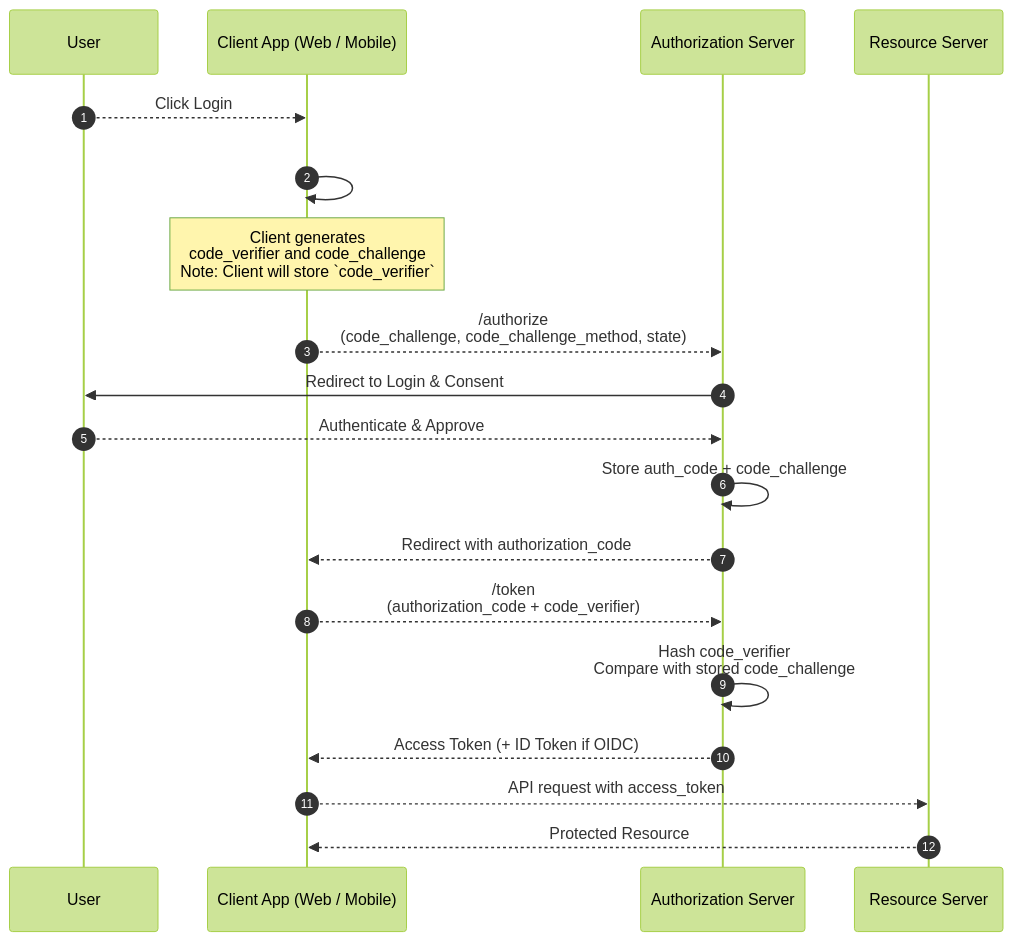
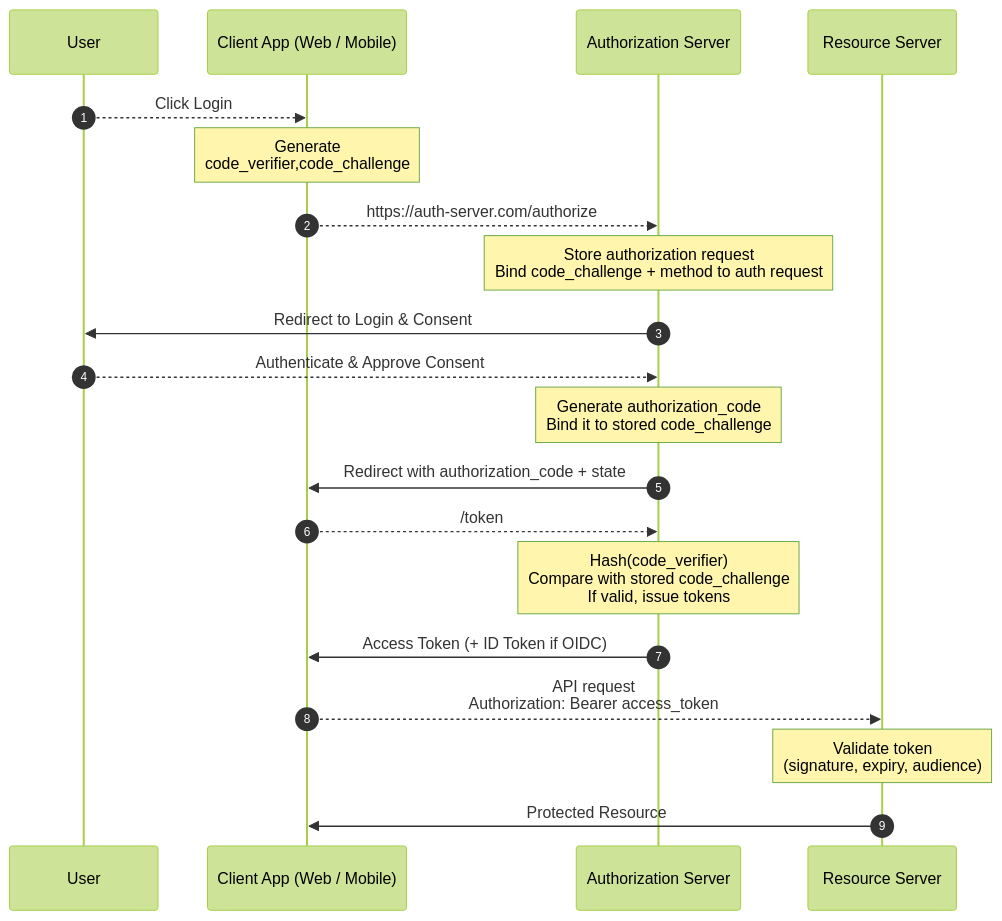
The diagram in OAuth 2.0.md (Rubi-raj/Notes), drawn with Mermaid (forest theme) before and after one commit. The commit also changed other lines of this file and 2 other files, not shown here.

Commit message:
OAuth2.0 PKCE flow corrected

````diff
--- a/OAuth 2.0.md
+++ b/OAuth 2.0.md
@@ -60,21 +51,23 @@
 ```mermaid
 sequenceDiagram
     autonumber
-    participant u as User
-    participant c as Client App (Web / Mobile)
-    participant a as Authorization Server
-    participant r as Resource Server
-    u -->> c: Click Login
-    c ->> c: <br>
-    Note over c: Client generates <br> code_verifier and code_challenge<br>Note: Client will store `code_verifier`
-    c -->> a: /authorize <br> (code_challenge, code_challenge_method, state)
-    a ->> u: Redirect to Login & Consent
-    u -->> a: Authenticate & Approve
-    a ->> a: Store auth_code + code_challenge
-    a -->> c: Redirect with authorization_code
-    c -->> a: /token<br> (authorization_code + code_verifier)
-    a ->> a: Hash code_verifier<br> Compare with stored code_challenge
-    a -->> c: Access Token (+ ID Token if OIDC)
-    c -->> r: API request with access_token
-    r -->> c: Protected Resource
+    participant U as User
+    participant C as Client App (Web / Mobile)
+    participant A as Authorization Server
+    participant R as Resource Server
+    U -->> C: Click Login
+    Note over C: Generate <br> code_verifier,code_challenge
+    C -->> A: https://auth-server.com/authorize
+    Note over A: Store authorization request<br>Bind code_challenge + method to auth request
+    A ->> U: Redirect to Login & Consent
+    U -->> A: Authenticate & Approve Consent
+    Note over A: Generate authorization_code<br>Bind it to stored code_challenge
+    A ->> C: Redirect with authorization_code + state
+    C -->> A: /token
+    Note over A: Hash(code_verifier)<br>Compare with stored code_challenge<br>If valid, issue tokens
+    A ->> C: Access Token (+ ID Token if OIDC)
+    C -->> R: API request<br>Authorization: Bearer access_token
+    Note over R: Validate token<br>(signature, expiry, audience)
+    R ->> C: Protected Resource
+
 ```
````
